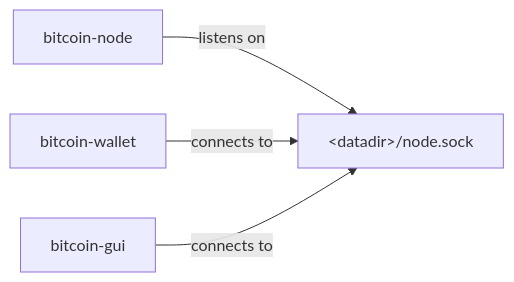
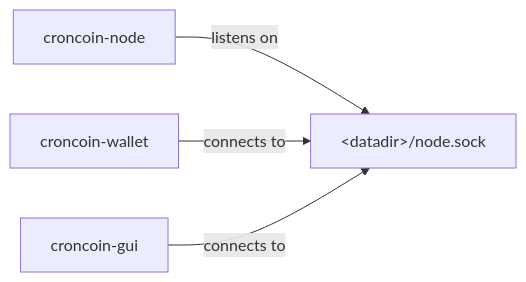
The first of 3 diagrams in doc/design/multiprocess.md (choikj7007-ai/croncoin-source), drawn with Mermaid before and after one commit. The commit also changed other lines of this file and 2266 other files, not shown here.

````diff
--- a/doc/design/multiprocess.md
+++ b/doc/design/multiprocess.md
@@ -29,6 +29,6 @@
 ```mermaid
 flowchart LR
-    node[bitcoin-node] -- listens on --> socket["&lt;datadir&gt;/node.sock"]
-    wallet[bitcoin-wallet] -- connects to --> socket
-    gui[bitcoin-gui] -- connects to --> socket
+    node[croncoin-node] -- listens on --> socket["&lt;datadir&gt;/node.sock"]
+    wallet[croncoin-wallet] -- connects to --> socket
+    gui[croncoin-gui] -- connects to --> socket
 ```
````
